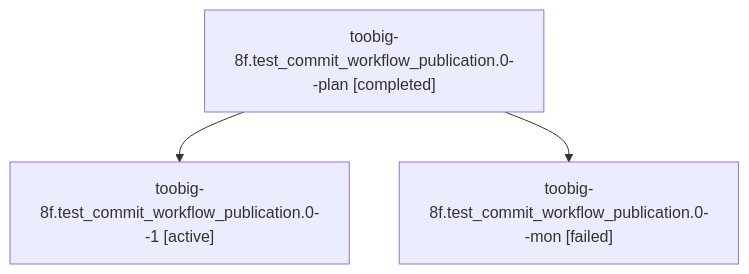
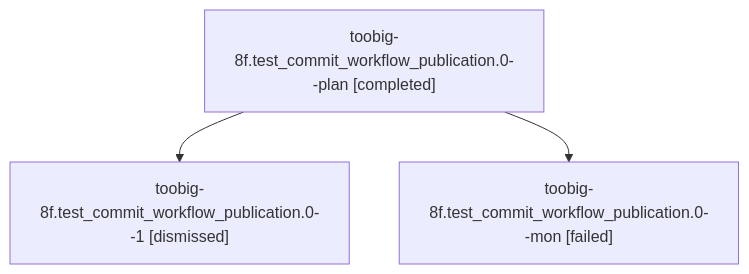
One commit to sase-org/sase--agents changed the diagram in sessions/bbugyi200.athena.toobig-8f.test_commit_workflow_publication.0.md. Above: the diagram before and after it, drawn with Mermaid. The commit also changed other lines of this file and 37 other files, not shown here.

````diff
--- a/sessions/bbugyi200.athena.toobig-8f.test_commit_workflow_publication.0.md
+++ b/sessions/bbugyi200.athena.toobig-8f.test_commit_workflow_publication.0.md
@@ -9,8 +9,8 @@
 ```mermaid
 flowchart TD
   n0["toobig-8f.test_commit_workflow_publication.0--plan [completed]"]
-  n1["toobig-8f.test_commit_workflow_publication.0--1 [active]"]
+  n1["toobig-8f.test_commit_workflow_publication.0--1 [dismissed]"]
   n0 --> n1
   n2["toobig-8f.test_commit_workflow_publication.0--mon [failed]"]
   n0 --> n2
 ```
````
